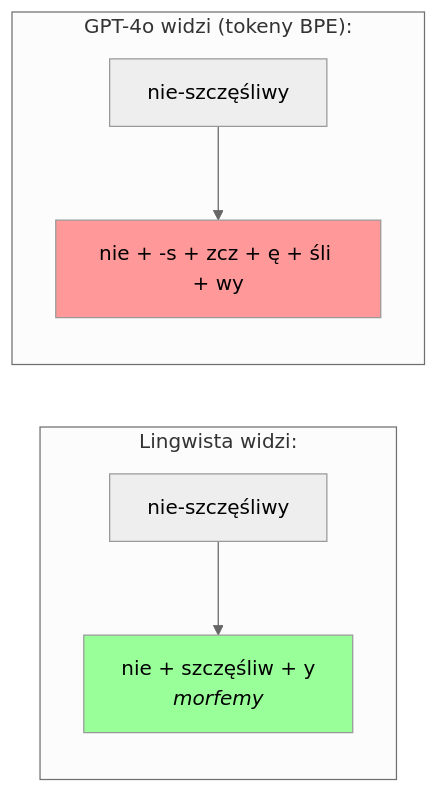
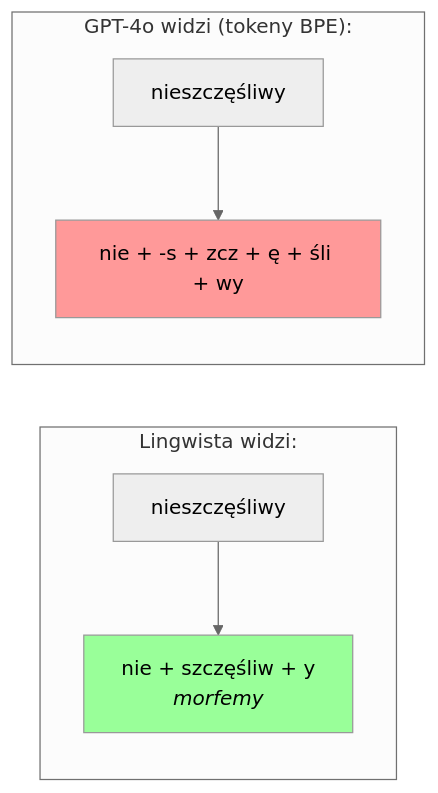
One commit to bgruszka/bgruszka.github.io changed the second of 14 diagrams in site/content/jak-komputer-czyta-tekst.md. Above: the diagram before and after it, drawn with Mermaid (neutral theme). The commit also changed other lines of this file, not shown here.

````diff
--- a/site/content/jak-komputer-czyta-tekst.md
+++ b/site/content/jak-komputer-czyta-tekst.md
@@ -73,12 +73,12 @@
 ```mermaid
 graph LR
     subgraph "Lingwista widzi:"
-        A["nie-szczęśliwy"] --> A1["nie + szczęśliw + y<br/><i>morfemy</i>"]
+        A["nieszczęśliwy"] --> A1["nie + szczęśliw + y<br/><i>morfemy</i>"]
     end
     subgraph "GPT-4o widzi (tokeny BPE):"
-        B["nie-szczęśliwy"] --> B1["nie + -s + zcz + ę + śli + wy"]
+        B["nieszczęśliwy"] --> B1["nie + -s + zcz + ę + śli + wy"]
     end
     
     style A1 fill:#99ff99,color:#000
     style B1 fill:#ff9999,color:#000
 ```
````
